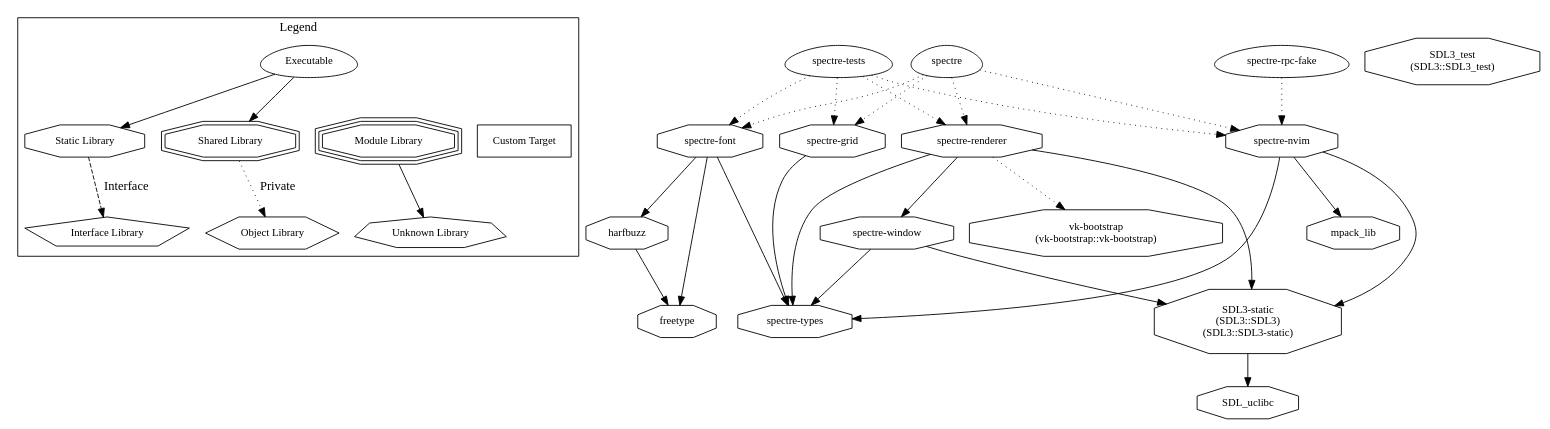
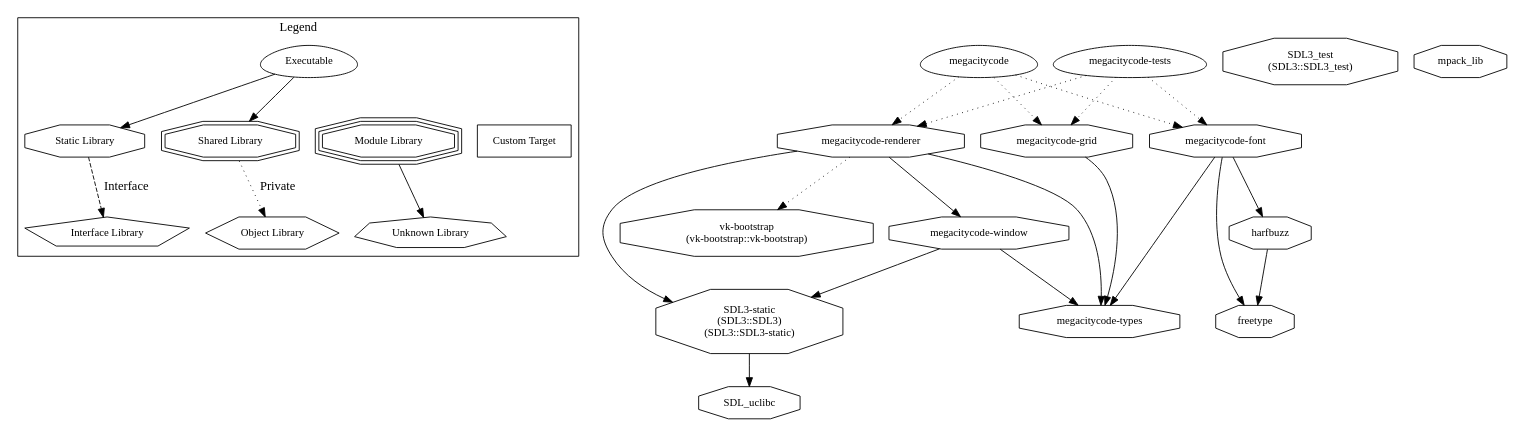
The diagram in docs/deps/deps.dot (cmaughan/MegaCityCode), drawn with Graphviz before and after one commit. The commit also changed 185 other files, not shown here.

```diff
--- a/docs/deps/deps.dot
+++ b/docs/deps/deps.dot
@@ -1,65 +1,57 @@
-digraph "spectre" {
+digraph "megacitycode" {
 node [
   fontsize = "12"
 ];
 subgraph clusterLegend {
   label = "Legend";
   color = black;
   edge [ style = invis ];
   legendNode0 [ label = "Executable", shape = egg ];
   legendNode1 [ label = "Static Library", shape = octagon ];
   legendNode2 [ label = "Shared Library", shape = doubleoctagon ];
   legendNode3 [ label = "Module Library", shape = tripleoctagon ];
   legendNode4 [ label = "Interface Library", shape = pentagon ];
   legendNode5 [ label = "Object Library", shape = hexagon ];
   legendNode6 [ label = "Unknown Library", shape = septagon ];
   legendNode7 [ label = "Custom Target", shape = box ];
   legendNode0 -> legendNode1 [ style = solid ];
   legendNode0 -> legendNode2 [ style = solid ];
   legendNode0 -> legendNode3;
   legendNode1 -> legendNode4 [ label = "Interface", style = dashed ];
   legendNode2 -> legendNode5 [ label = "Private", style = dotted ];
   legendNode3 -> legendNode6 [ style = solid ];
   legendNode0 -> legendNode7;
 }
     "node0" [ label = "SDL3-static\n(SDL3::SDL3)\n(SDL3::SDL3-static)", shape = octagon ];
     "node1" [ label = "SDL_uclibc", shape = octagon ];
     "node0" -> "node1"  // SDL3-static -> SDL_uclibc
     "node2" [ label = "SDL3_test\n(SDL3::SDL3_test)", shape = octagon ];
     "node3" [ label = "freetype", shape = octagon ];
     "node4" [ label = "harfbuzz", shape = octagon ];
     "node4" -> "node3"  // harfbuzz -> freetype
-    "node5" [ label = "mpack_lib", shape = octagon ];
-    "node6" [ label = "spectre", shape = egg ];
-    "node7" [ label = "spectre-font", shape = octagon ];
-    "node7" -> "node3"  // spectre-font -> freetype
-    "node7" -> "node4"  // spectre-font -> harfbuzz
-    "node8" [ label = "spectre-types", shape = octagon ];
-    "node7" -> "node8"  // spectre-font -> spectre-types
-    "node6" -> "node7" [ style = dotted ] // spectre -> spectre-font
-    "node9" [ label = "spectre-grid", shape = octagon ];
-    "node9" -> "node8"  // spectre-grid -> spectre-types
-    "node6" -> "node9" [ style = dotted ] // spectre -> spectre-grid
-    "node10" [ label = "spectre-nvim", shape = octagon ];
-    "node10" -> "node0"  // spectre-nvim -> SDL3-static
-    "node10" -> "node5"  // spectre-nvim -> mpack_lib
-    "node10" -> "node8"  // spectre-nvim -> spectre-types
-    "node6" -> "node10" [ style = dotted ] // spectre -> spectre-nvim
-    "node11" [ label = "spectre-renderer", shape = octagon ];
-    "node11" -> "node0"  // spectre-renderer -> SDL3-static
-    "node11" -> "node8"  // spectre-renderer -> spectre-types
-    "node12" [ label = "spectre-window", shape = octagon ];
-    "node12" -> "node0"  // spectre-window -> SDL3-static
-    "node12" -> "node8"  // spectre-window -> spectre-types
-    "node11" -> "node12"  // spectre-renderer -> spectre-window
-    "node13" [ label = "vk-bootstrap\n(vk-bootstrap::vk-bootstrap)", shape = octagon ];
-    "node11" -> "node13" [ style = dotted ] // spectre-renderer -> vk-bootstrap
-    "node6" -> "node11" [ style = dotted ] // spectre -> spectre-renderer
-    "node14" [ label = "spectre-rpc-fake", shape = egg ];
-    "node14" -> "node10" [ style = dotted ] // spectre-rpc-fake -> spectre-nvim
-    "node15" [ label = "spectre-tests", shape = egg ];
-    "node15" -> "node7" [ style = dotted ] // spectre-tests -> spectre-font
-    "node15" -> "node9" [ style = dotted ] // spectre-tests -> spectre-grid
-    "node15" -> "node10" [ style = dotted ] // spectre-tests -> spectre-nvim
-    "node15" -> "node11" [ style = dotted ] // spectre-tests -> spectre-renderer
+    "node5" [ label = "megacitycode", shape = egg ];
+    "node6" [ label = "megacitycode-font", shape = octagon ];
+    "node6" -> "node3"  // megacitycode-font -> freetype
+    "node6" -> "node4"  // megacitycode-font -> harfbuzz
+    "node7" [ label = "megacitycode-types", shape = octagon ];
+    "node6" -> "node7"  // megacitycode-font -> megacitycode-types
+    "node5" -> "node6" [ style = dotted ] // megacitycode -> megacitycode-font
+    "node8" [ label = "megacitycode-grid", shape = octagon ];
+    "node8" -> "node7"  // megacitycode-grid -> megacitycode-types
+    "node5" -> "node8" [ style = dotted ] // megacitycode -> megacitycode-grid
+    "node9" [ label = "megacitycode-renderer", shape = octagon ];
+    "node9" -> "node0"  // megacitycode-renderer -> SDL3-static
+    "node9" -> "node7"  // megacitycode-renderer -> megacitycode-types
+    "node10" [ label = "megacitycode-window", shape = octagon ];
+    "node10" -> "node0"  // megacitycode-window -> SDL3-static
+    "node10" -> "node7"  // megacitycode-window -> megacitycode-types
+    "node9" -> "node10"  // megacitycode-renderer -> megacitycode-window
+    "node11" [ label = "vk-bootstrap\n(vk-bootstrap::vk-bootstrap)", shape = octagon ];
+    "node9" -> "node11" [ style = dotted ] // megacitycode-renderer -> vk-bootstrap
+    "node5" -> "node9" [ style = dotted ] // megacitycode -> megacitycode-renderer
+    "node12" [ label = "megacitycode-tests", shape = egg ];
+    "node12" -> "node6" [ style = dotted ] // megacitycode-tests -> megacitycode-font
+    "node12" -> "node8" [ style = dotted ] // megacitycode-tests -> megacitycode-grid
+    "node12" -> "node9" [ style = dotted ] // megacitycode-tests -> megacitycode-renderer
+    "node13" [ label = "mpack_lib", shape = octagon ];
 }
```
